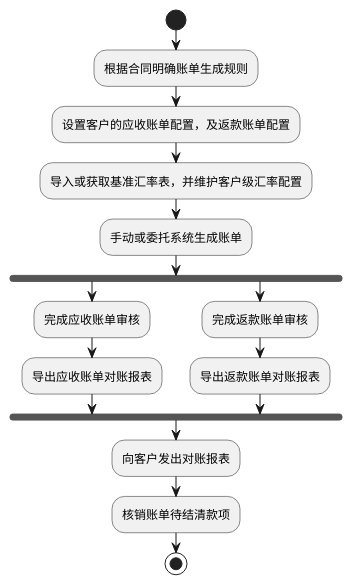
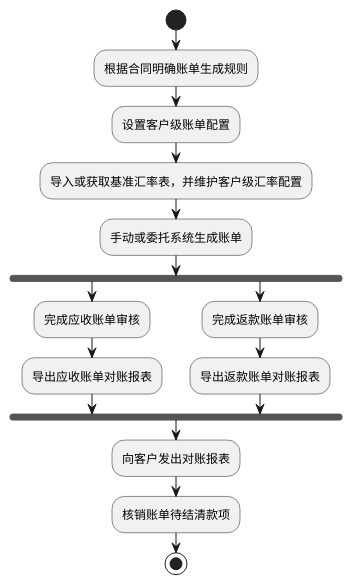
Before and after one commit to jack888332/projects-doc: the first of 12 diagrams in product-caliber/bms/prd/财务系统.PRD.md, drawn with PlantUML. The commit also changed other lines of this file, not shown here.

````diff
--- a/product-caliber/bms/prd/财务系统.PRD.md
+++ b/product-caliber/bms/prd/财务系统.PRD.md
@@ -152,19 +152,19 @@
 ```plantuml
 @startuml
 start
 :根据合同明确账单生成规则;
-:设置客户的应收账单配置，及返款账单配置;
+:设置客户级账单配置;
 :导入或获取基准汇率表，并维护客户级汇率配置;
 :手动或委托系统生成账单;
 fork
   :完成应收账单审核;
   :导出应收账单对账报表;
 fork again
   :完成返款账单审核;
   :导出返款账单对账报表;
 end fork
 :向客户发出对账报表;
 :核销账单待结清款项;
 stop
 @enduml
 ```
````
